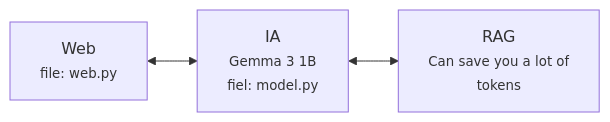
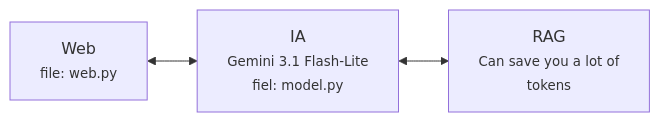
One commit to Gui232005/KnowledgeBaseUPV changed the diagram in README.md. Above: the diagram before and after it, drawn with Mermaid. The commit also changed other lines of this file and 2 other files, not shown here.

````diff
--- a/README.md
+++ b/README.md
@@ -9,7 +10,7 @@
 ```mermaid
 flowchart LR
-    A[Web<br/><small>file: web.py</small>] <--> B[IA<br/><small>Gemma 3 1B 
+    A[Web<br/><small>file: web.py</small>] <--> B[IA<br/><small> Gemini 3.1 Flash-Lite 
     fiel: model.py</small>]
     B <--> C[RAG<br/><small>Can save you a lot of 
     tokens</small>]
 ```
````
